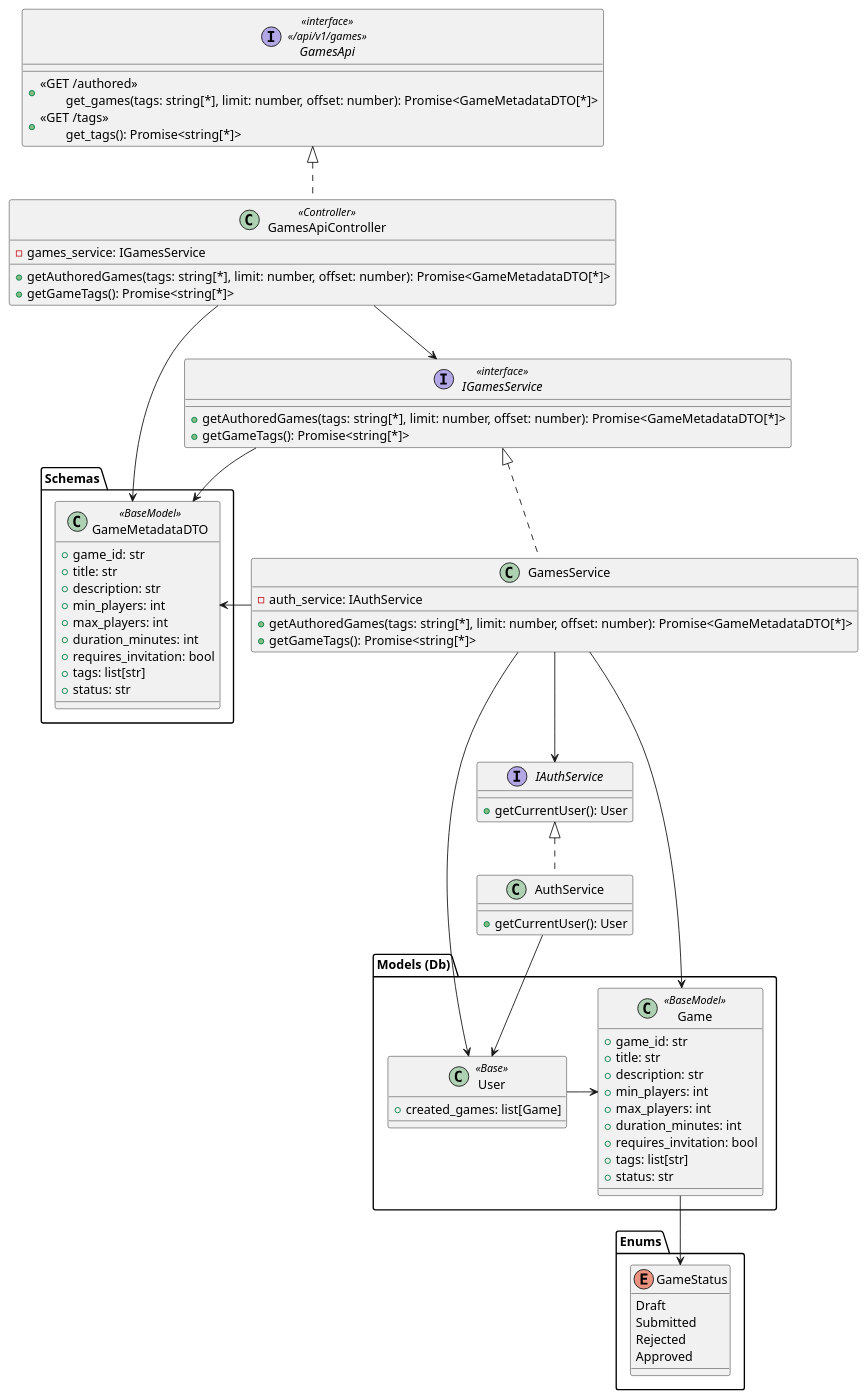
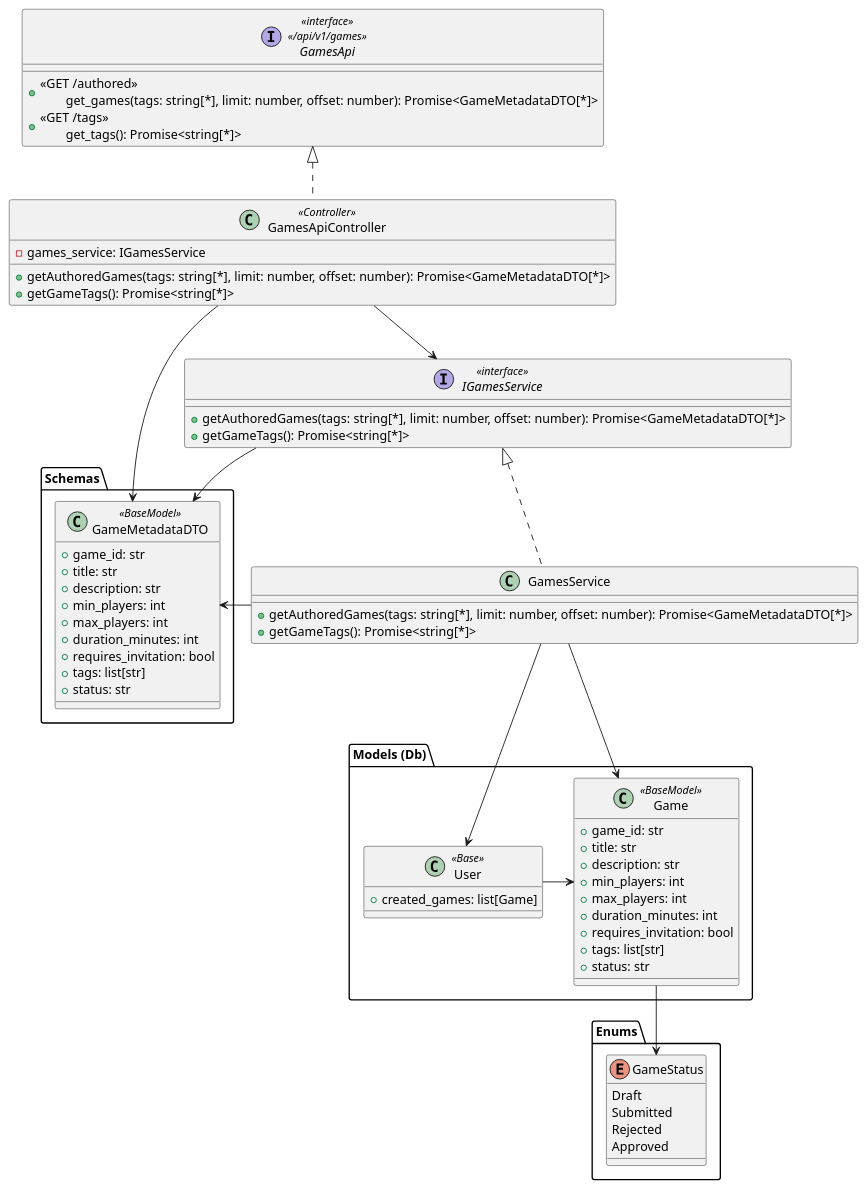
The diagram in diagrams/backend/authors-game-list.md (Igor-Ochocki/POP-2026Z), drawn with PlantUML before and after one commit. The commit also changed 2 other files, not shown here.

Commit message:
Implementacja pobierania tagów gier + wyszukiwania gier autorowanych

```diff
--- a/diagrams/backend/authors-game-list.md
+++ b/diagrams/backend/authors-game-list.md
@@ -13,18 +13,9 @@
 }
 
 class GamesService implements IGamesService {
-    - auth_service: IAuthService
 
     +getAuthoredGames(tags: string[*], limit: number, offset: number): Promise<GameMetadataDTO[*]>
     +getGameTags(): Promise<string[*]>
-}
-
-interface IAuthService {
-    + getCurrentUser(): User
-}
-
-class AuthService implements IAuthService {
-    + getCurrentUser(): User
 }
 
 
@@ -81,9 +72,7 @@
 GamesApiController -> GameMetadataDTO
 IGamesService -> GameMetadataDTO
 GamesService -> GameMetadataDTO
-GamesService --> IAuthService
 GamesService --> User
-AuthService --> User
 GamesService --> Game
 
 @enduml
```
